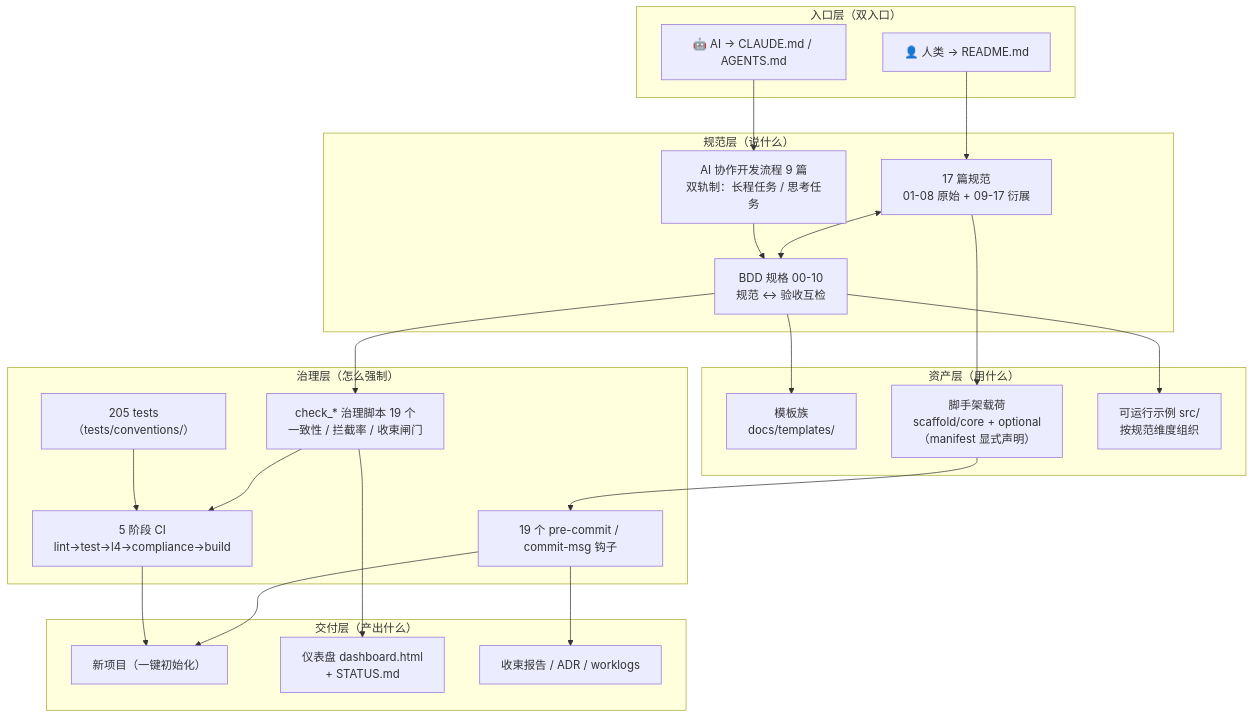
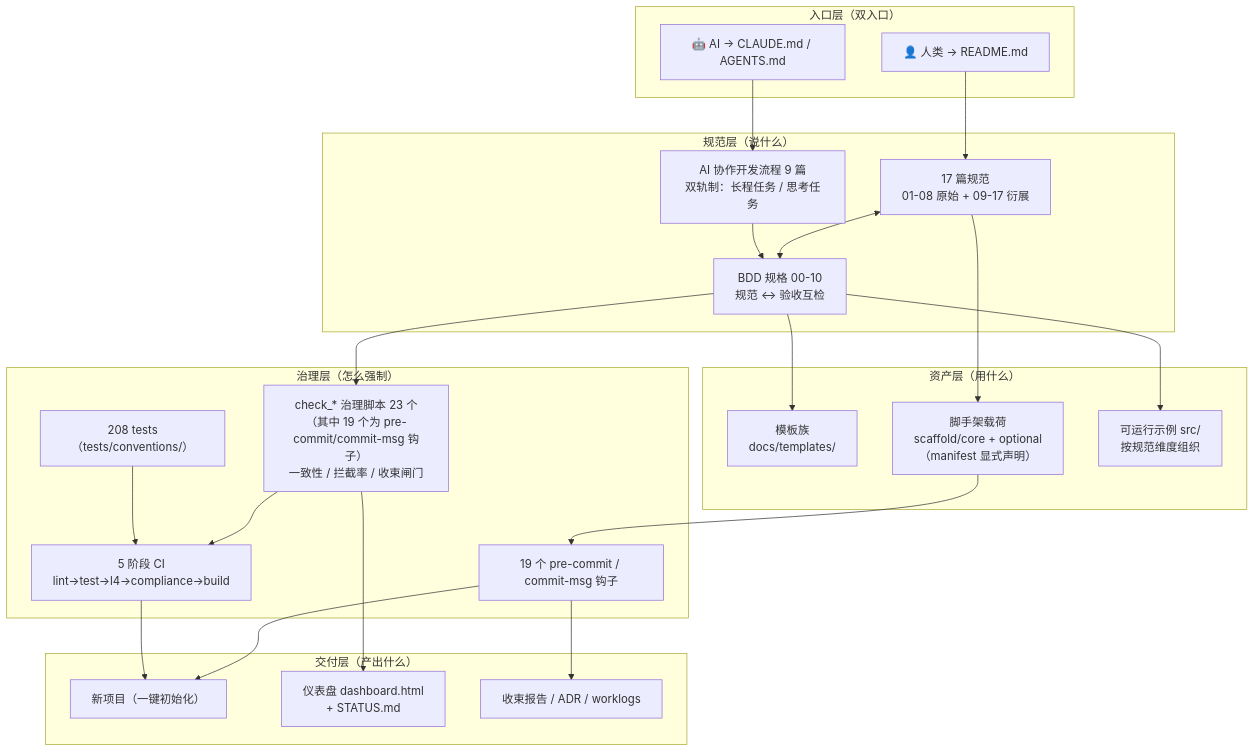
One commit to xiangbianpangde/devguard changed the first of 5 diagrams in docs/plan/项目介绍-PRD.md. Above: the diagram before and after it, drawn with Mermaid. The commit also changed other lines of this file and 33 other files, not shown here.

````diff
--- a/docs/plan/项目介绍-PRD.md
+++ b/docs/plan/项目介绍-PRD.md
@@ -29,48 +29,48 @@
 ```mermaid
 flowchart TB
     subgraph L1["入口层（双入口）"]
         H1["👤 人类 → README.md"]
         A1["🤖 AI → CLAUDE.md / AGENTS.md"]
     end
 
     subgraph L2["规范层（说什么）"]
         C1["17 篇规范<br/>01-08 原始 + 09-17 衍展"]
         C2["AI 协作开发流程 9 篇<br/>双轨制：长程任务 / 思考任务"]
         C3["BDD 规格 00-10<br/>规范 ↔ 验收互检"]
     end
 
     subgraph L3["资产层（用什么）"]
         T1["模板族<br/>docs/templates/"]
         T2["脚手架载荷<br/>scaffold/core + optional<br/>（manifest 显式声明）"]
         T3["可运行示例 src/<br/>按规范维度组织"]
     end
 
     subgraph L4["治理层（怎么强制）"]
         G1["19 个 pre-commit / commit-msg 钩子"]
         G2["5 阶段 CI<br/>lint→test→l4→compliance→build"]
-        G3["check_* 治理脚本 19 个<br/>一致性 / 拦截率 / 收束闸门"]
-        G4["205 tests（tests/conventions/）"]
+        G3["check_* 治理脚本 23 个（其中 19 个为 pre-commit/commit-msg 钩子）<br/>一致性 / 拦截率 / 收束闸门"]
+        G4["208 tests（tests/conventions/）"]
     end
 
     subgraph L5["交付层（产出什么）"]
         D1["新项目（一键初始化）"]
         D2["仪表盘 dashboard.html<br/>+ STATUS.md"]
         D3["收束报告 / ADR / worklogs"]
     end
 
     H1 --> C1
     A1 --> C2
     C1 <--> C3
     C2 --> C3
     C3 --> T1
     C1 --> T2
     C3 --> T3
     T2 --> G1
     C3 --> G3
     G3 --> G2
     G4 --> G2
     G1 --> D1
     G2 --> D1
     G3 --> D2
     G1 --> D3
 ```
````
